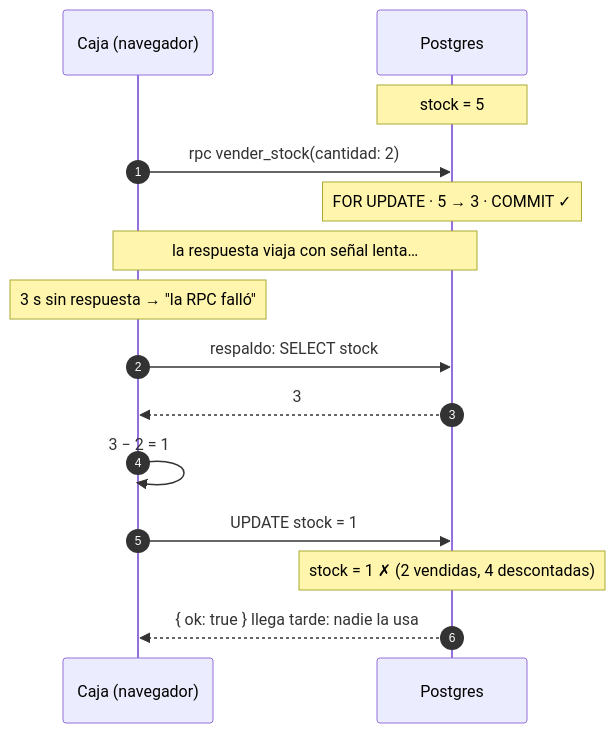
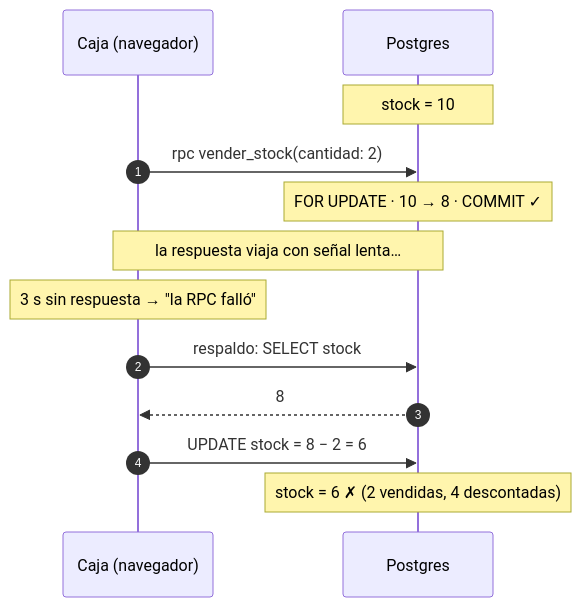
The second of 3 diagrams in README.md (Joakin333/pos-showcase), drawn with Mermaid before and after one commit. The commit also changed other lines of this file and 4 other files, not shown here.

````diff
--- a/README.md
+++ b/README.md
@@ -103,17 +111,15 @@
 ```mermaid
 sequenceDiagram
     autonumber
     participant C as Caja (navegador)
     participant DB as Postgres
-    Note over DB: stock = 5
+    Note over DB: stock = 10
     C->>DB: rpc vender_stock(cantidad: 2)
-    Note over DB: FOR UPDATE · 5 → 3 · COMMIT ✓
+    Note over DB: FOR UPDATE · 10 → 8 · COMMIT ✓
     Note over C,DB: la respuesta viaja con señal lenta…
     Note over C: 3 s sin respuesta → "la RPC falló"
     C->>DB: respaldo: SELECT stock
-    DB-->>C: 3
-    C->>C: 3 − 2 = 1
-    C->>DB: UPDATE stock = 1
-    Note over DB: stock = 1 ✗ (2 vendidas, 4 descontadas)
-    DB-->>C: { ok: true } llega tarde: nadie la usa
+    DB-->>C: 8
+    C->>DB: UPDATE stock = 8 − 2 = 6
+    Note over DB: stock = 6 ✗ (2 vendidas, 4 descontadas)
 ```
````
